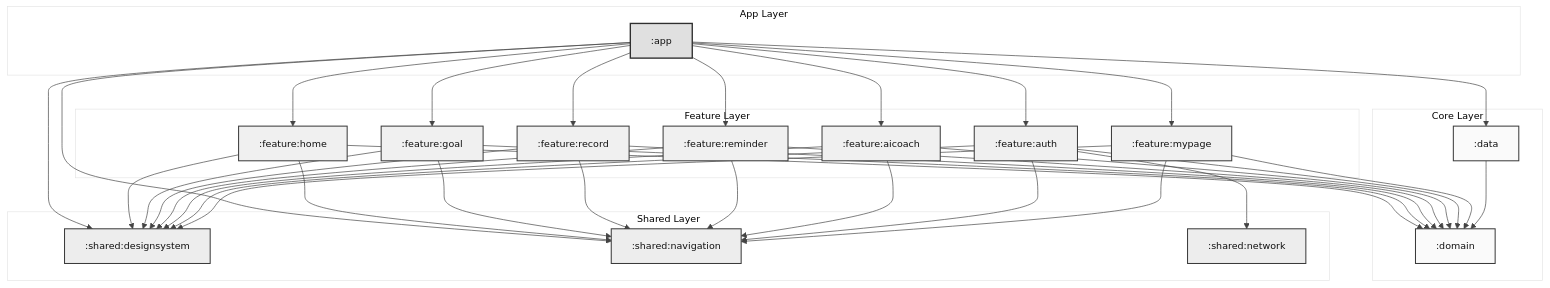
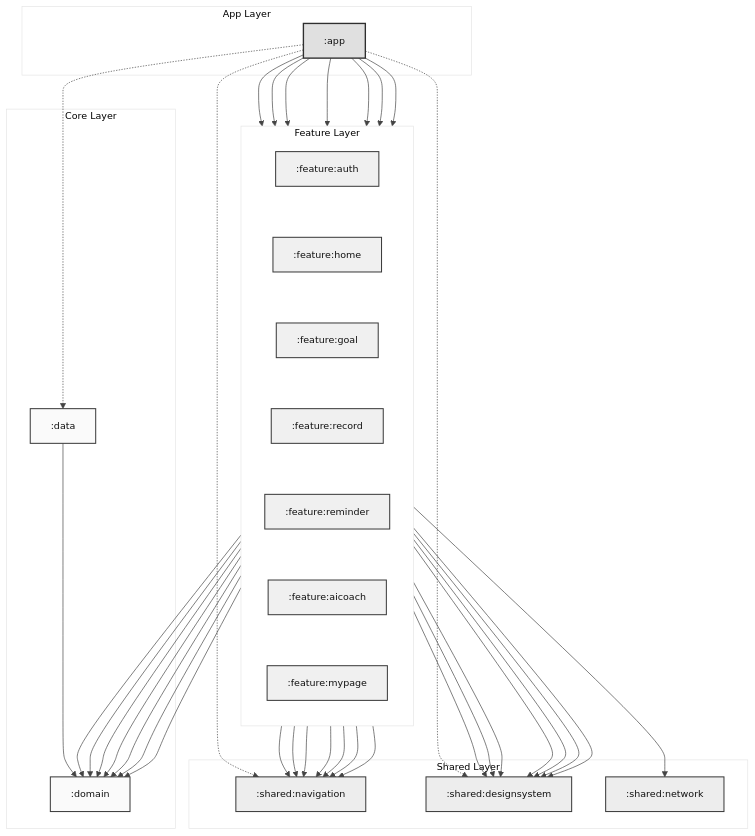
One commit to Jiyeong-kor/FitFlow changed the diagram in README.md. Above: the diagram before and after it, drawn with Mermaid.

Commit message:
docs(readme): 의존성 구조 다이어그램 개선
- 프로젝트 아키텍처의 가독성을 높이기 위해 Mermaid 다이어그램 구조를 재정의함

- 모듈 간의 의존 관계를 명확히 하고 시각적 정렬을 개선함

```diff
--- a/README.md
+++ b/README.md
@@ -134,62 +134,50 @@
   end
 
   subgraph Feature_Layer["Feature Layer"]
+    direction TB
+    AUTH[":feature:auth"]
     HOME[":feature:home"]
     GOAL[":feature:goal"]
     RECORD[":feature:record"]
     REMINDER[":feature:reminder"]
     AICOACH[":feature:aicoach"]
-    AUTH[":feature:auth"]
     MYPAGE[":feature:mypage"]
+    
+    %% 투명 선을 이용한 수평 정렬 유도
+    AUTH ~~~ HOME ~~~ GOAL ~~~ RECORD ~~~ REMINDER ~~~ AICOACH ~~~ MYPAGE
   end
 
   subgraph Core_Layer["Core Layer"]
+    DATA[":data"]
     DOMAIN[":domain"]
-    DATA[":data"]
+    DATA --> DOMAIN
   end
 
   subgraph Shared_Layer["Shared Layer"]
+    NAV[":shared:navigation"]
     DS[":shared:designsystem"]
-    NAV[":shared:navigation"]
     NETWORK[":shared:network"]
   end
 
-  APP --> DATA
-  APP --> DS
-  APP --> NAV
+  %% App에서 Feature로의 연결
+  APP --> AUTH
   APP --> HOME
   APP --> GOAL
   APP --> RECORD
   APP --> REMINDER
   APP --> AICOACH
-  APP --> AUTH
   APP --> MYPAGE
 
-  HOME --> DOMAIN
-  GOAL --> DOMAIN
-  RECORD --> DOMAIN
-  REMINDER --> DOMAIN
-  AICOACH --> DOMAIN
-  AUTH --> DOMAIN
-  MYPAGE --> DOMAIN
+  %% App에서 Core/Shared로의 직통 연결 (가독성을 위해 측면으로 우회하거나 하단 배치 유도)
+  APP -.-> DATA
+  APP -.-> DS
+  APP -.-> NAV
 
-  HOME --> DS
-  GOAL --> DS
-  RECORD --> DS
-  REMINDER --> DS
-  AICOACH --> DS
-  AUTH --> DS
-  MYPAGE --> DS
-
-  HOME --> NAV
-  GOAL --> NAV
-  RECORD --> NAV
-  REMINDER --> NAV
-  AICOACH --> NAV
-  AUTH --> NAV
-  MYPAGE --> NAV
-
-  DATA --> DOMAIN
+  %% Feature에서 하위 레이어로의 연결
+  HOME & GOAL & RECORD & REMINDER & AICOACH & AUTH & MYPAGE --> DOMAIN
+  HOME & GOAL & RECORD & REMINDER & AICOACH & AUTH & MYPAGE --> DS
+  HOME & GOAL & RECORD & REMINDER & AICOACH & AUTH & MYPAGE --> NAV
+  
   AUTH --> NETWORK
 
   classDef app fill:#e0e0e0,stroke:#2f2f2f,stroke-width:2px,color:#111;
```
